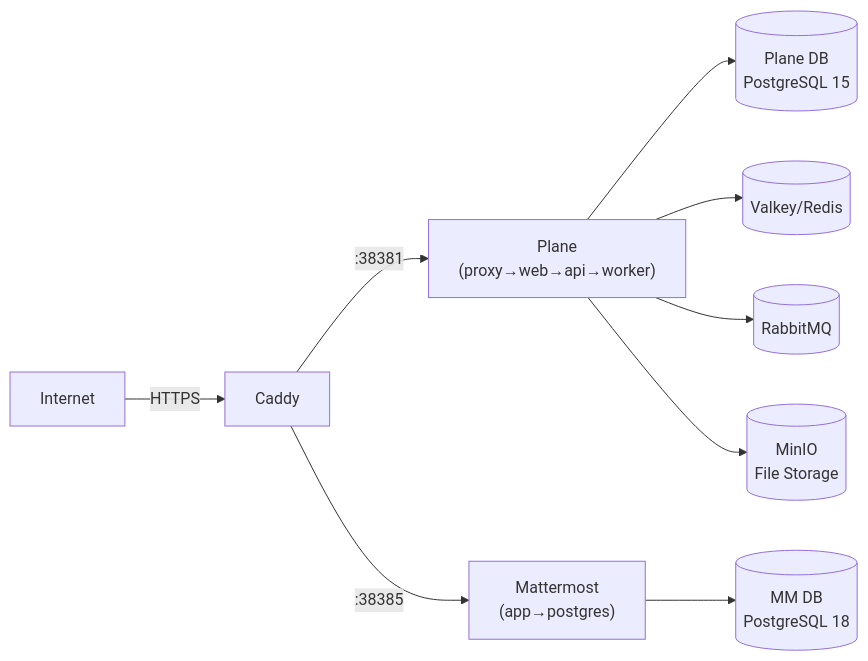
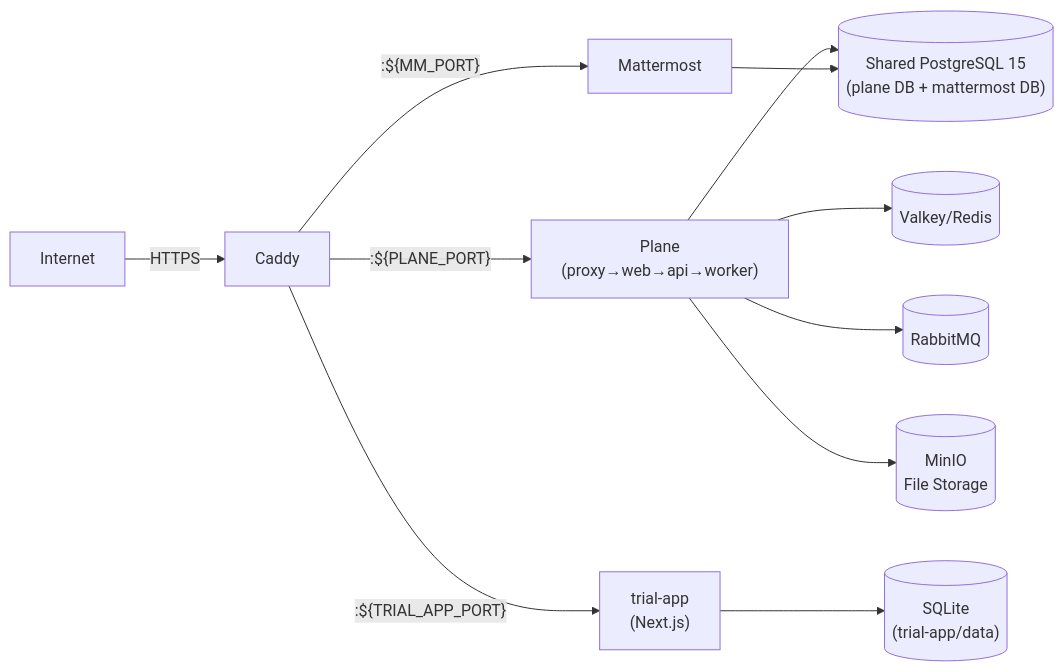
The diagram in servers/README.md (claude-genasis/genasis), drawn with Mermaid before and after one commit. The commit also changed other lines of this file and 11 other files, not shown here.

First line of the commit message:
feat(servers): shared PostgreSQL + multi-tenant isolation (ADR-015) (#8)

````diff
--- a/servers/README.md
+++ b/servers/README.md
@@ -33,11 +101,13 @@
 ```mermaid
 flowchart LR
     Internet -->|HTTPS| Caddy
-    Caddy -->|":38381"| Plane["Plane<br/>(proxy→web→api→worker)"]
-    Caddy -->|":38385"| MM["Mattermost<br/>(app→postgres)"]
-    Plane --> PlaneDB[("Plane DB<br/>PostgreSQL 15")]
+    Caddy -->|":${PLANE_PORT}"| Plane["Plane<br/>(proxy→web→api→worker)"]
+    Caddy -->|":${MM_PORT}"| MM["Mattermost"]
+    Caddy -->|":${TRIAL_APP_PORT}"| Trial["trial-app<br/>(Next.js)"]
+    Plane --> SharedPG[("Shared PostgreSQL 15<br/>(plane DB + mattermost DB)")]
+    MM --> SharedPG
     Plane --> Redis[("Valkey/Redis")]
     Plane --> RabbitMQ[("RabbitMQ")]
     Plane --> MinIO[("MinIO<br/>File Storage")]
-    MM --> MMDB[("MM DB<br/>PostgreSQL 18")]
+    Trial --> SQLite[("SQLite<br/>(trial-app/data)")]
 ```
````
